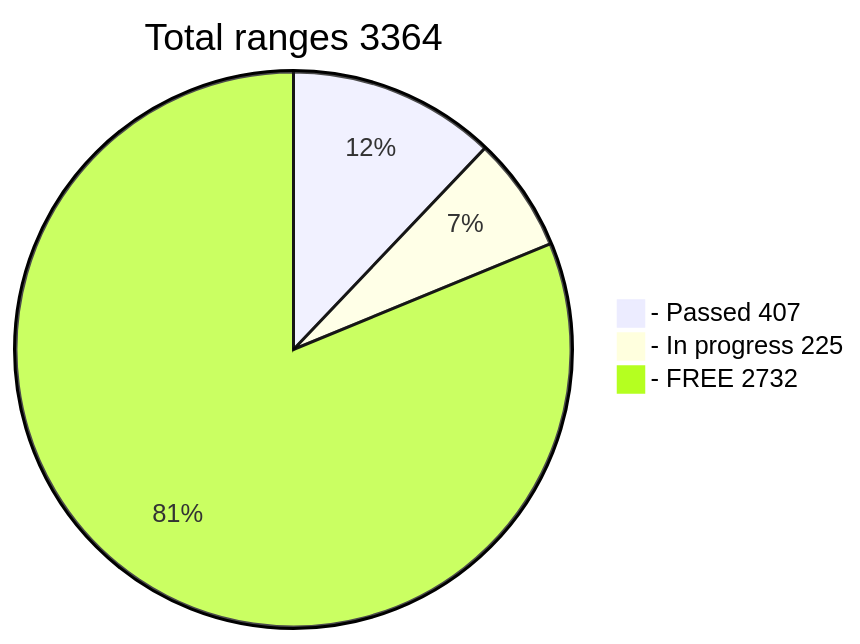
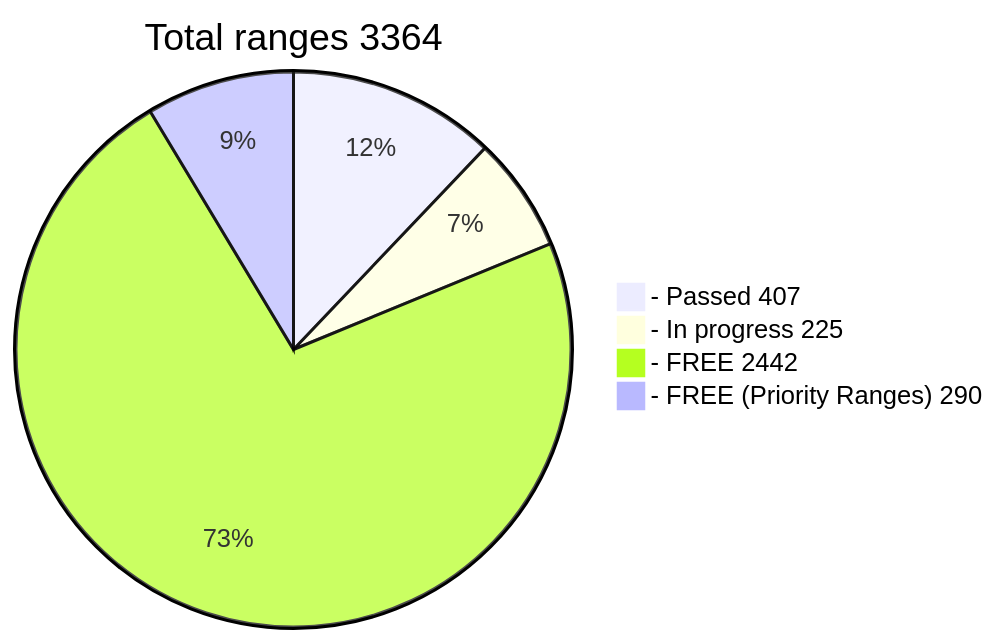
Before and after one commit to phrutis/wif500: the diagram in README.md, drawn with Mermaid.

````diff
--- a/README.md
+++ b/README.md
@@ -16,6 +16,7 @@
 ```mermaid
 pie title Total ranges 3364
   "- Passed 407" : 407
   "- In progress 225" : 225
-  "- FREE 2732" : 2732
+  "- FREE 2442" : 2442
+  "- FREE (Priority Ranges) 290" : 290
 ```
````
